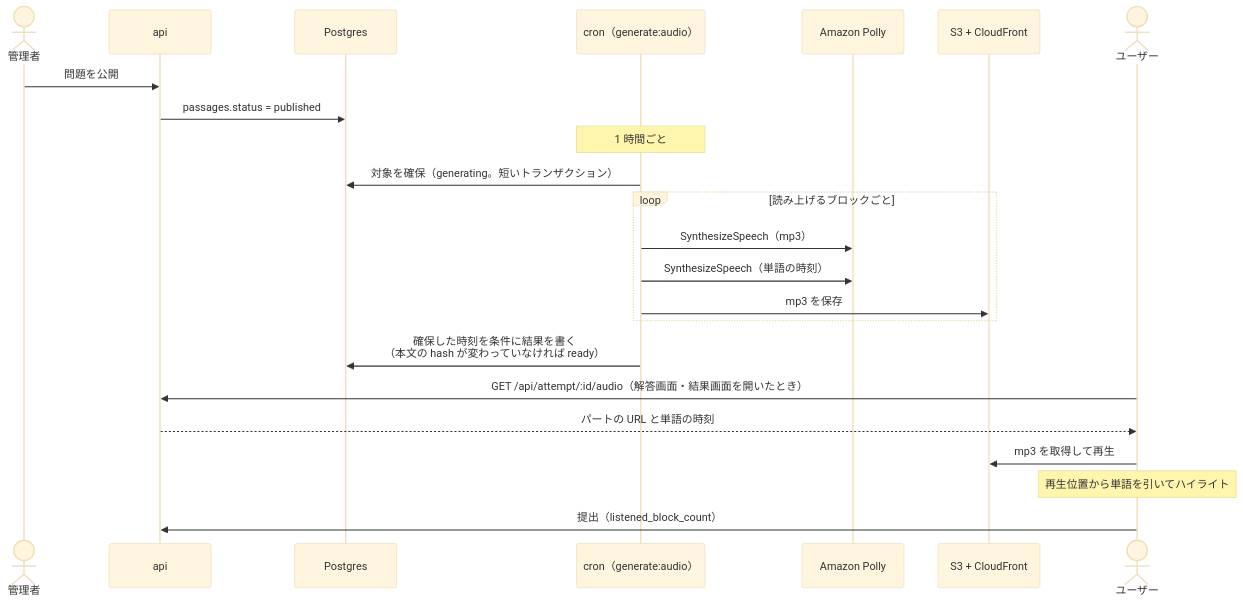
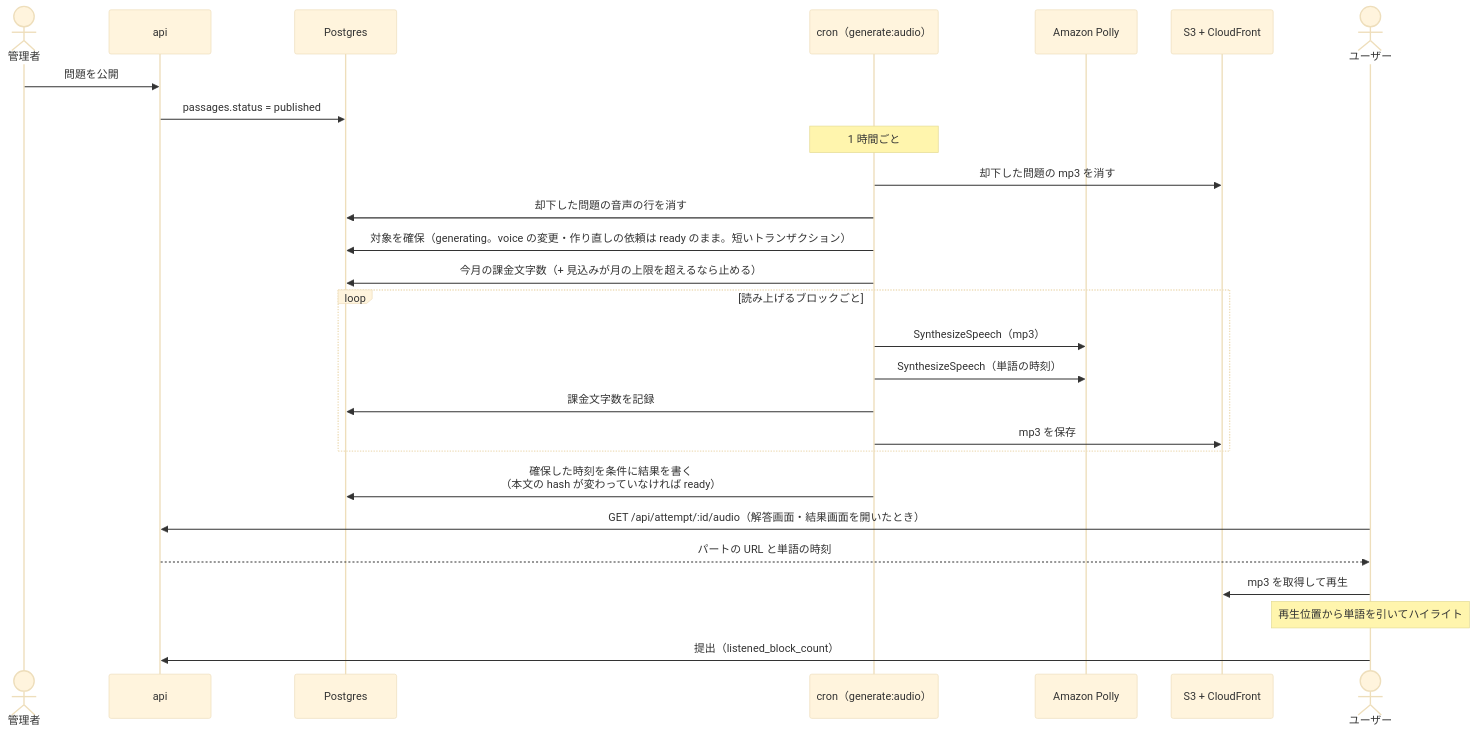
Before and after one commit to kentakki416/tech-english: the third of 3 diagrams in docs/spec/read-aloud/README.md, drawn with Mermaid (base theme). The commit also changed other lines of this file and 84 other files, not shown here.

````diff
--- a/docs/spec/read-aloud/README.md
+++ b/docs/spec/read-aloud/README.md
@@ -577,26 +610,30 @@
 ```mermaid
 sequenceDiagram
     actor Admin as 管理者
     participant API as api
     participant DB as Postgres
     participant Cron as cron（generate:audio）
     participant Polly as Amazon Polly
     participant S3 as S3 + CloudFront
     actor User as ユーザー
 
     Admin->>API: 問題を公開
     API->>DB: passages.status = published
     Note over Cron: 1 時間ごと
-    Cron->>DB: 対象を確保（generating。短いトランザクション）
+    Cron->>S3: 却下した問題の mp3 を消す
+    Cron->>DB: 却下した問題の音声の行を消す
+    Cron->>DB: 対象を確保（generating。voice の変更・作り直しの依頼は ready のまま。短いトランザクション）
+    Cron->>DB: 今月の課金文字数（+ 見込みが月の上限を超えるなら止める）
     loop 読み上げるブロックごと
         Cron->>Polly: SynthesizeSpeech（mp3）
         Cron->>Polly: SynthesizeSpeech（単語の時刻）
+        Cron->>DB: 課金文字数を記録
         Cron->>S3: mp3 を保存
     end
     Cron->>DB: 確保した時刻を条件に結果を書く<br/>（本文の hash が変わっていなければ ready）
     User->>API: GET /api/attempt/:id/audio（解答画面・結果画面を開いたとき）
     API-->>User: パートの URL と単語の時刻
     User->>S3: mp3 を取得して再生
     Note over User: 再生位置から単語を引いてハイライト
     User->>API: 提出（listened_block_count）
 ```
````
